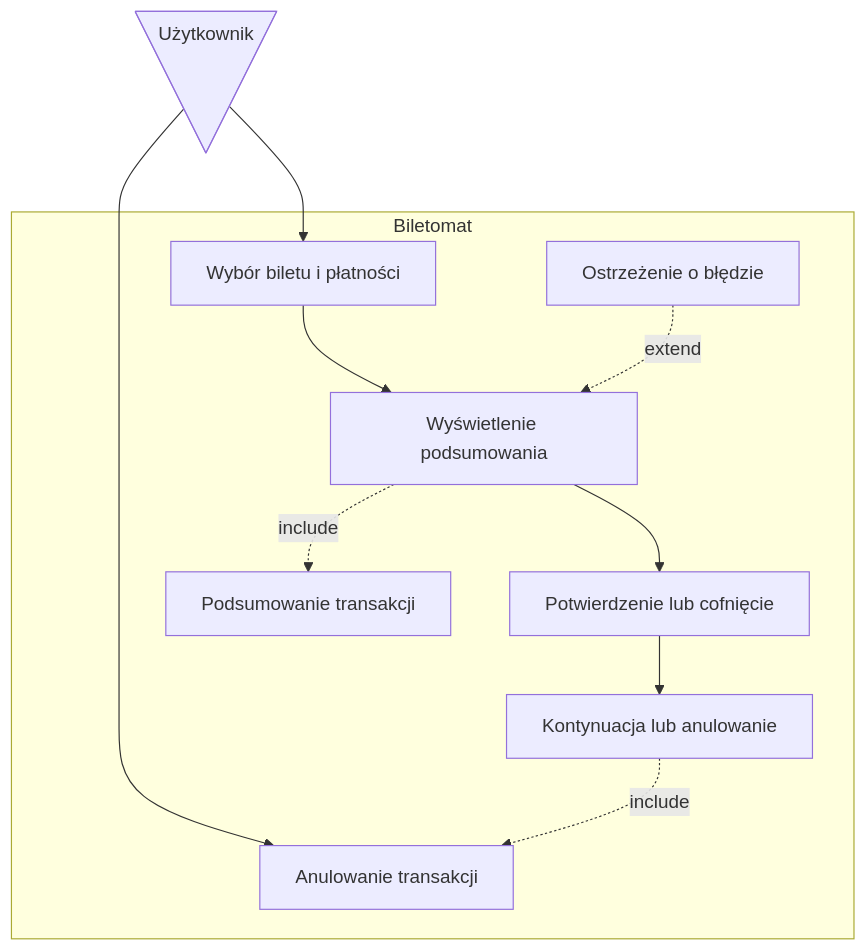
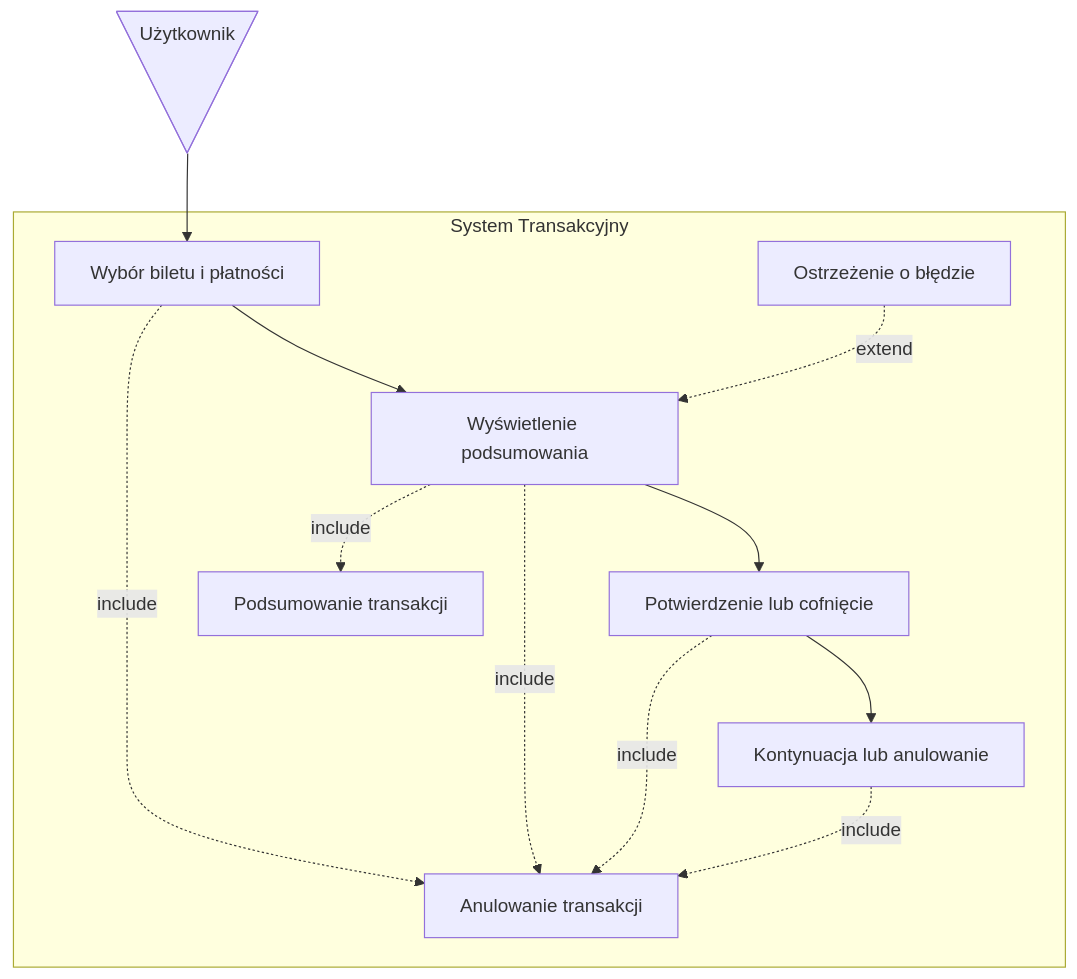
One commit to MarcinMarszewski/dowolna_nazwa changed the second of 3 diagrams in userstories/user.md. Above: the diagram before and after it, drawn with Mermaid. The commit also changed other lines of this file, not shown here.

````diff
--- a/userstories/user.md
+++ b/userstories/user.md
@@ -102,32 +82,34 @@
 ```mermaid
 graph TD
   US@{ shape: manual-file, label: "Użytkownik" }
   uc1[Wybór biletu i płatności]
   uc2[Wyświetlenie podsumowania]
   uc3[Potwierdzenie lub cofnięcie]
   uc4[Kontynuacja lub anulowanie]
   uc5[Anulowanie transakcji]
   uc6[Ostrzeżenie o błędzie]
   uc7[Podsumowanie transakcji]
 
   US  --> uc1
   uc1 --> uc2
   uc2 --> uc3
   uc3 --> uc4
-  US --> uc5
 
+  uc1 -. include .-> uc5
+  uc2 -. include .-> uc5
+  uc3 -. include .-> uc5
   uc4 -. include .-> uc5
   uc6 -. extend .-> uc2
   uc2 -. include .-> uc7
 
-subgraph Biletomat
+subgraph System Transakcyjny
   uc1
   uc2
   uc3
   uc4
   uc5
   uc6
   uc7
 end
 
 ```
````
